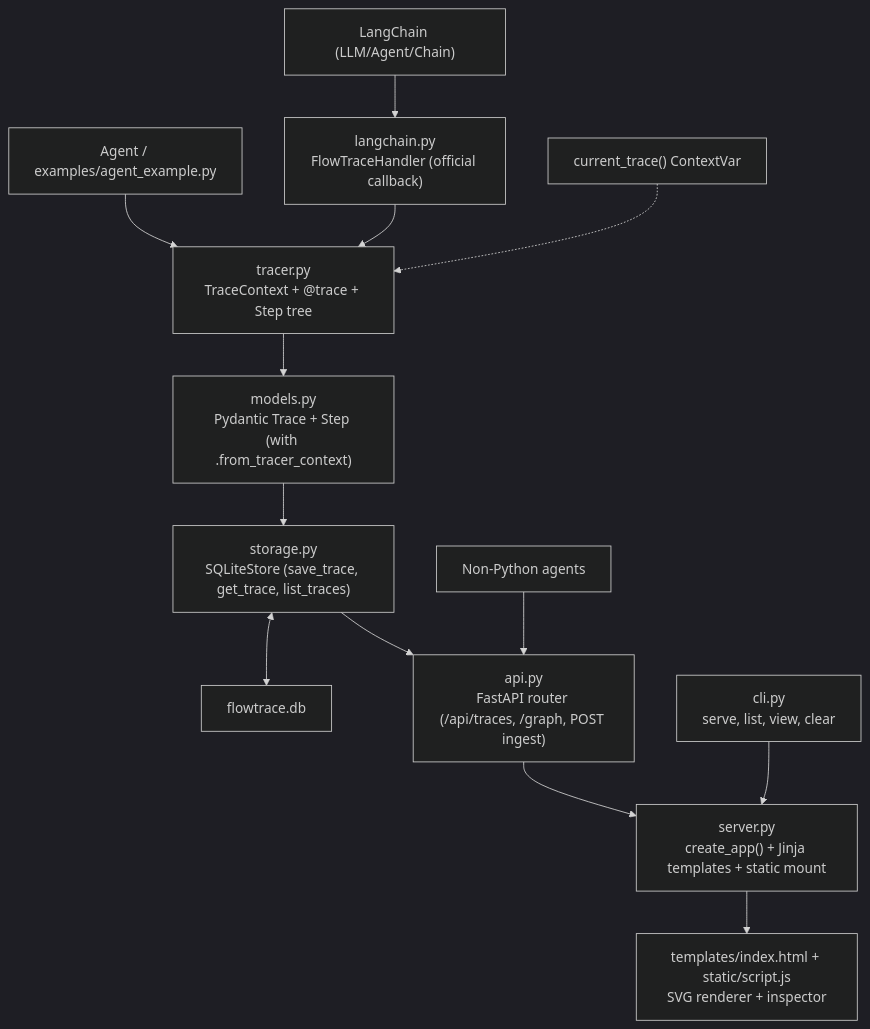
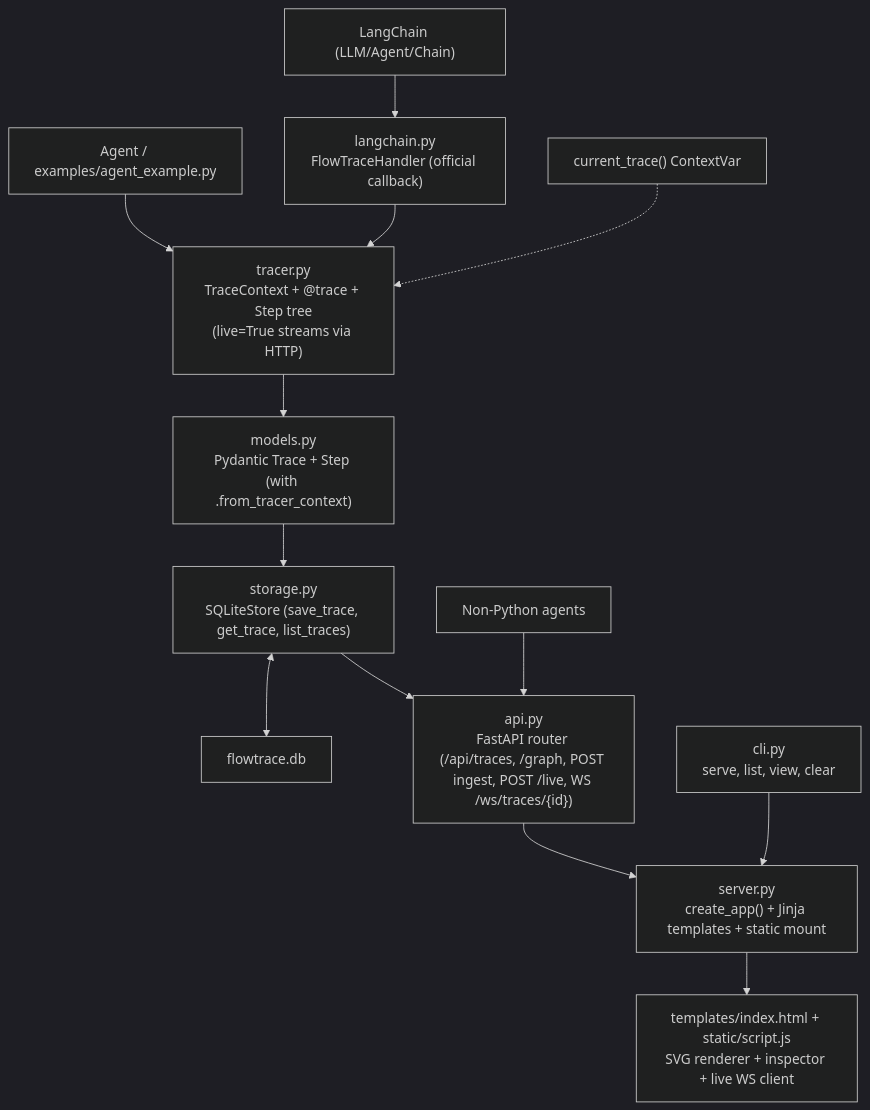
One commit to ajendras/flowtrace changed the diagram in README.md. Above: the diagram before and after it, drawn with Mermaid (dark theme). The commit also changed other lines of this file and 5 other files, not shown here.

Commit message:
feat(api): implement WebSocket endpoint for live trace streaming

````diff
--- a/README.md
+++ b/README.md
@@ -258,15 +281,15 @@
 ```mermaid
 flowchart TD
-    AgentCode["Agent / examples/agent_example.py"] --> Tracer["tracer.py<br/>TraceContext + @trace + Step tree"]
+    AgentCode["Agent / examples/agent_example.py"] --> Tracer["tracer.py<br/>TraceContext + @trace + Step tree<br/>(live=True streams via HTTP)"]
     LangChain["LangChain (LLM/Agent/Chain)"] --> Handler["langchain.py<br/>FlowTraceHandler (official callback)"]
     Handler --> Tracer
     Tracer --> Models["models.py<br/>Pydantic Trace + Step (with .from_tracer_context)"]
     Models --> Storage["storage.py<br/>SQLiteStore (save_trace, get_trace, list_traces)"]
     Storage <--> DB["flowtrace.db"]
-    Storage --> API["api.py<br/>FastAPI router (/api/traces, /graph, POST ingest)"]
+    Storage --> API["api.py<br/>FastAPI router (/api/traces, /graph, POST ingest, POST /live, WS /ws/traces/{id})"]
     API --> Server["server.py<br/>create_app() + Jinja templates + static mount"]
-    Server --> UI["templates/index.html + static/script.js<br/>SVG renderer + inspector"]
+    Server --> UI["templates/index.html + static/script.js<br/>SVG renderer + inspector + live WS client"]
     CLI["cli.py<br/>serve, list, view, clear"] --> Server
     External["Non-Python agents"] --> API
     current_trace["current_trace() ContextVar"] -.-> Tracer
 ```
````
